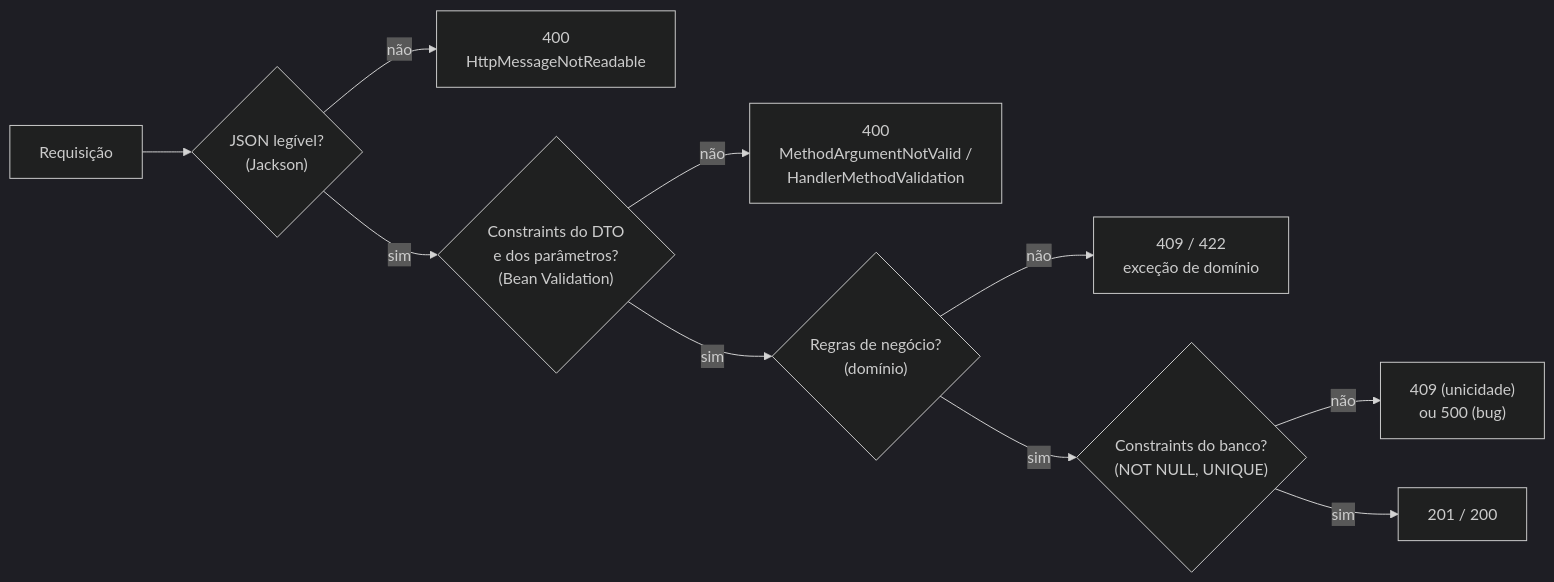
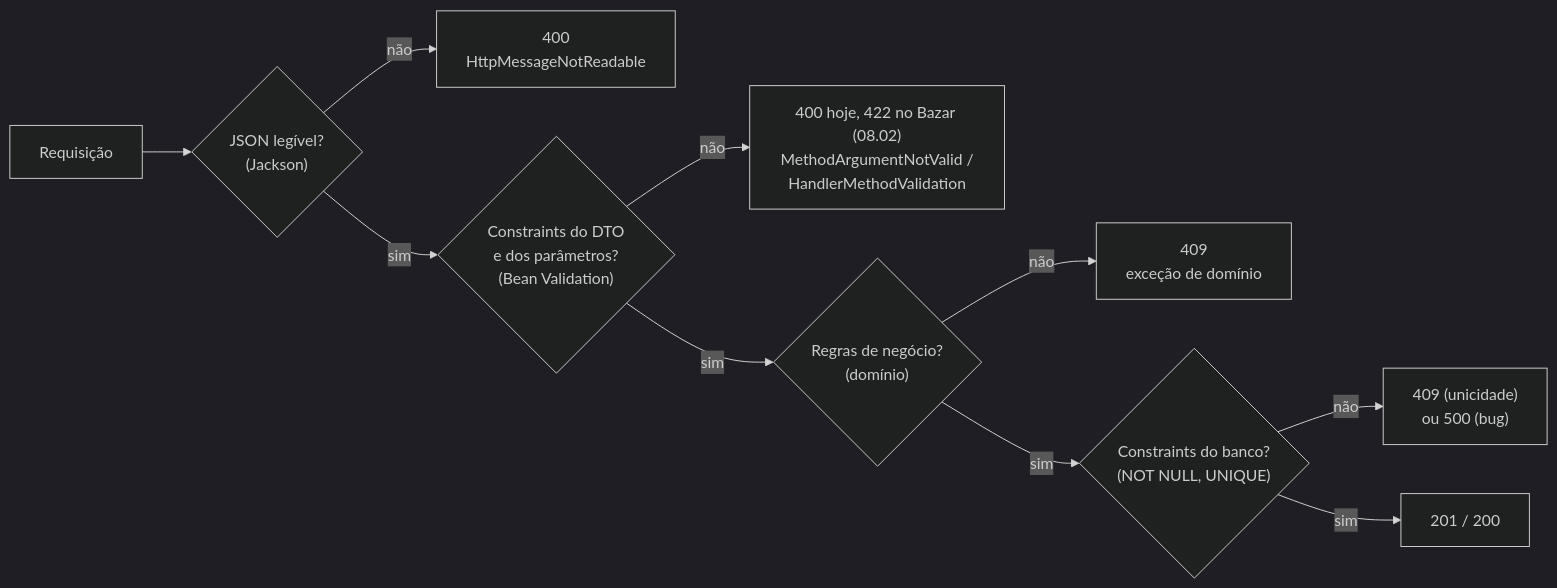
The diagram in src/content/03-construindo-apis-com-spring-boot/07-01-bean-validation-essencial.mdx (thiagodd/api-rest), drawn with Mermaid (dark theme) before and after one commit. The commit also changed other lines of this file and 6 other files, not shown here.

````diff
--- a/src/content/03-construindo-apis-com-spring-boot/07-01-bean-validation-essencial.mdx
+++ b/src/content/03-construindo-apis-com-spring-boot/07-01-bean-validation-essencial.mdx
@@ -148,12 +148,12 @@
 ```mermaid title="Borda × domínio × banco"
 flowchart LR
     R["Requisição"] --> J{"JSON legível?<br/>(Jackson)"}
     J -- não --> E1["400<br/>HttpMessageNotReadable"]
     J -- sim --> V{"Constraints do DTO<br/>e dos parâmetros?<br/>(Bean Validation)"}
-    V -- não --> E2["400<br/>MethodArgumentNotValid /<br/>HandlerMethodValidation"]
+    V -- não --> E2["400 hoje, 422 no Bazar (08.02)<br/>MethodArgumentNotValid /<br/>HandlerMethodValidation"]
     V -- sim --> D{"Regras de negócio?<br/>(domínio)"}
-    D -- não --> E3["409 / 422<br/>exceção de domínio"]
+    D -- não --> E3["409<br/>exceção de domínio"]
     D -- sim --> B{"Constraints do banco?<br/>(NOT NULL, UNIQUE)"}
     B -- não --> E4["409 (unicidade)<br/>ou 500 (bug)"]
     B -- sim --> OK["201 / 200"]
 ```
````
